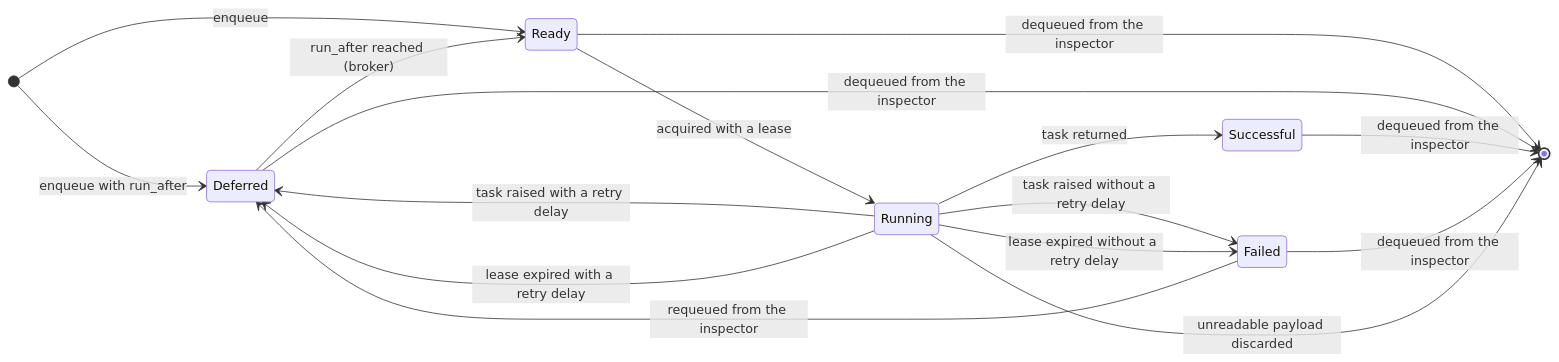
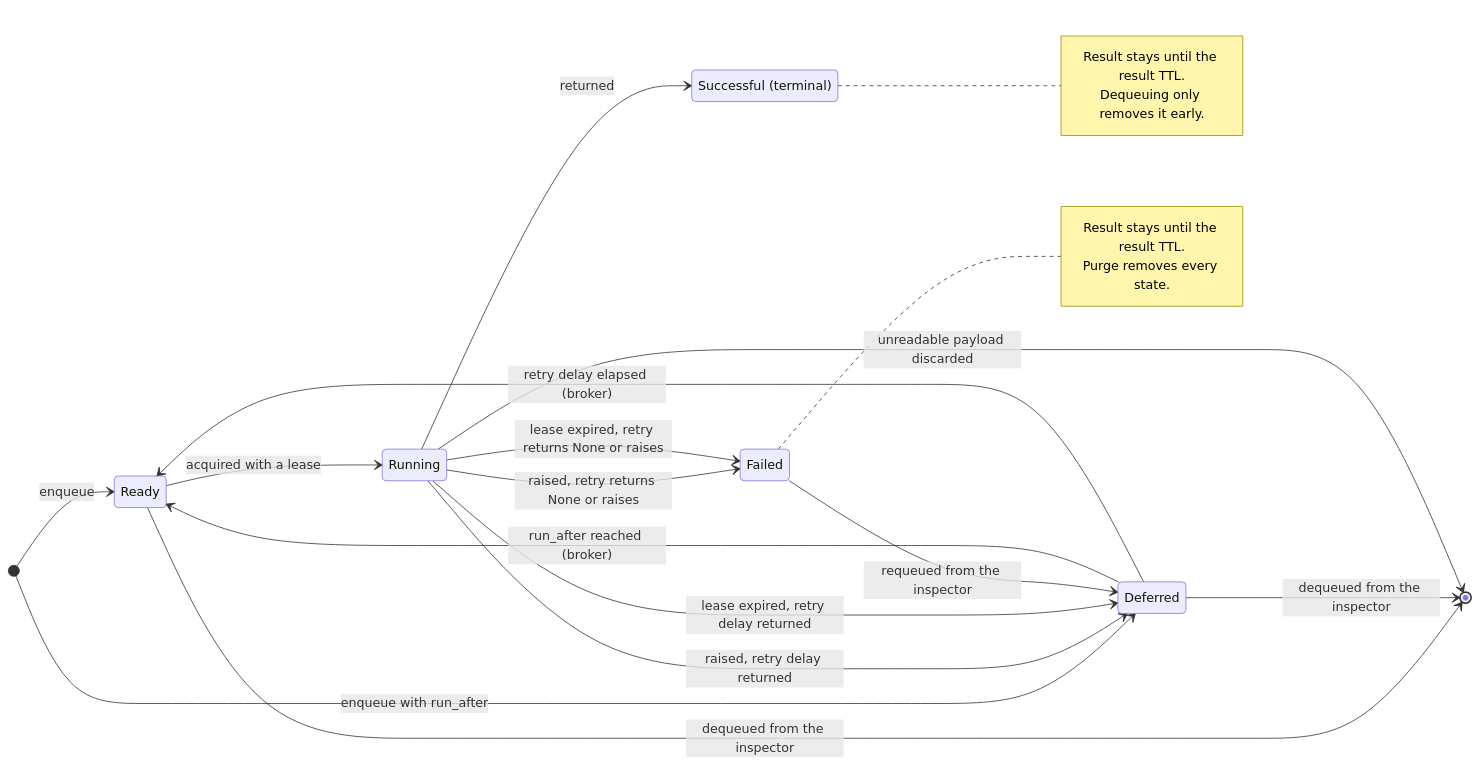
Before and after one commit to codingjoe/threadmill: the first of 3 diagrams in CONTRIBUTING.md, drawn with Mermaid. The commit also changed other lines of this file, not shown here.

Commit message:
Show retries and terminal success in task diagrams

````diff
--- a/CONTRIBUTING.md
+++ b/CONTRIBUTING.md
@@ -28,19 +28,33 @@
 ```mermaid
 stateDiagram-v2
     direction LR
+    state "Successful (terminal)" as Successful
+
+    [*] --> Ready: enqueue
     [*] --> Deferred: enqueue with run_after
-    [*] --> Ready: enqueue
     Deferred --> Ready: run_after reached (broker)
     Ready --> Running: acquired with a lease
-    Running --> Successful: task returned
-    Running --> Failed: task raised without a retry delay
-    Running --> Deferred: task raised with a retry delay
-    Running --> Deferred: lease expired with a retry delay
-    Running --> Failed: lease expired without a retry delay
+
+    Running --> Deferred: raised, retry delay returned
+    Running --> Deferred: lease expired, retry delay returned
+    Deferred --> Ready: retry delay elapsed (broker)
+
+    Running --> Successful: returned
+    Running --> Failed: raised, retry returns None or raises
+    Running --> Failed: lease expired, retry returns None or raises
+
     Failed --> Deferred: requeued from the inspector
     Ready --> [*]: dequeued from the inspector
     Deferred --> [*]: dequeued from the inspector
-    Successful --> [*]: dequeued from the inspector
-    Failed --> [*]: dequeued from the inspector
     Running --> [*]: unreadable payload discarded
+
+    note right of Successful
+        Result stays until the result TTL.
+        Dequeuing only removes it early.
+    end note
+
+    note right of Failed
+        Result stays until the result TTL.
+        Purge removes every state.
+    end note
 ```
````
